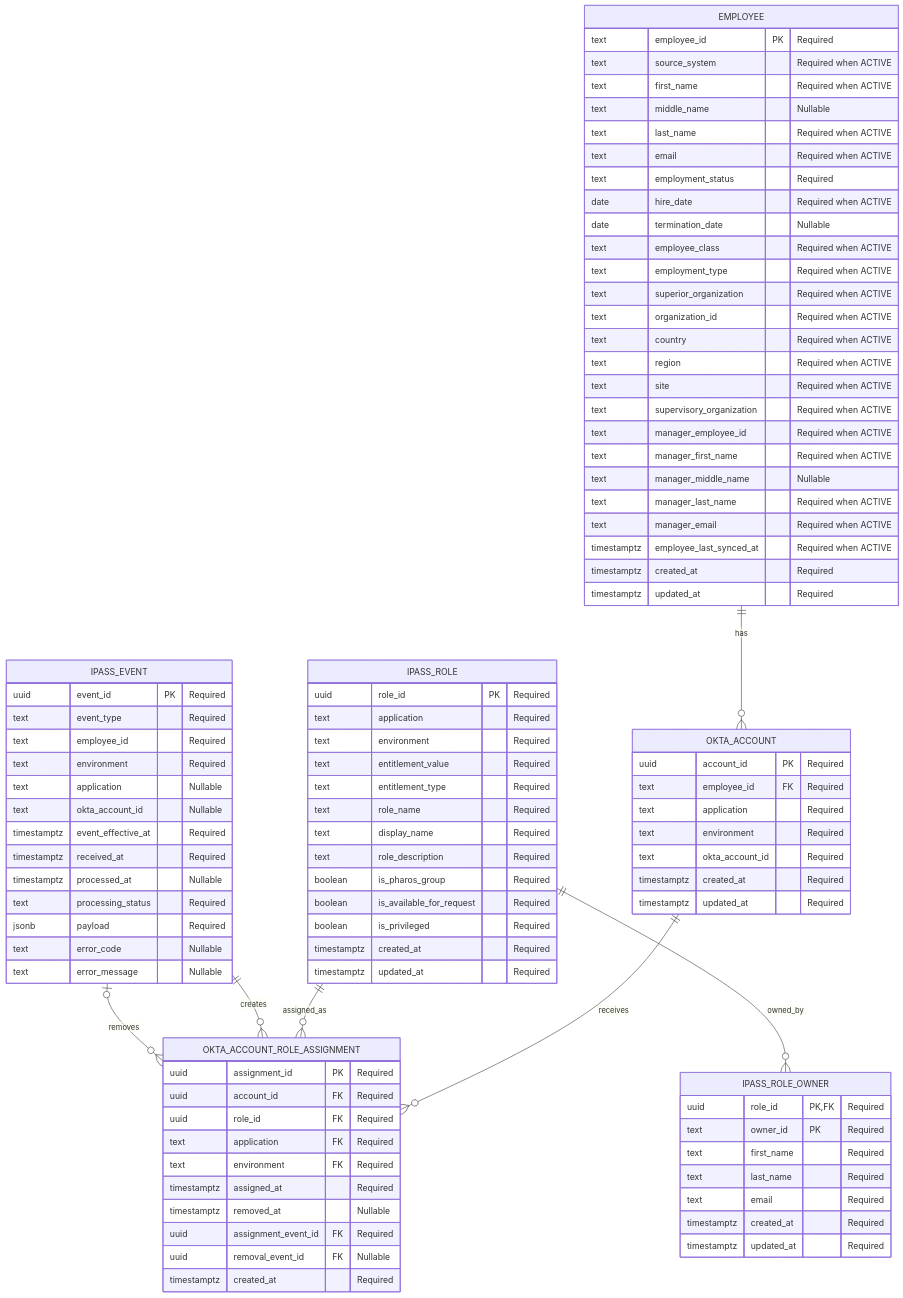
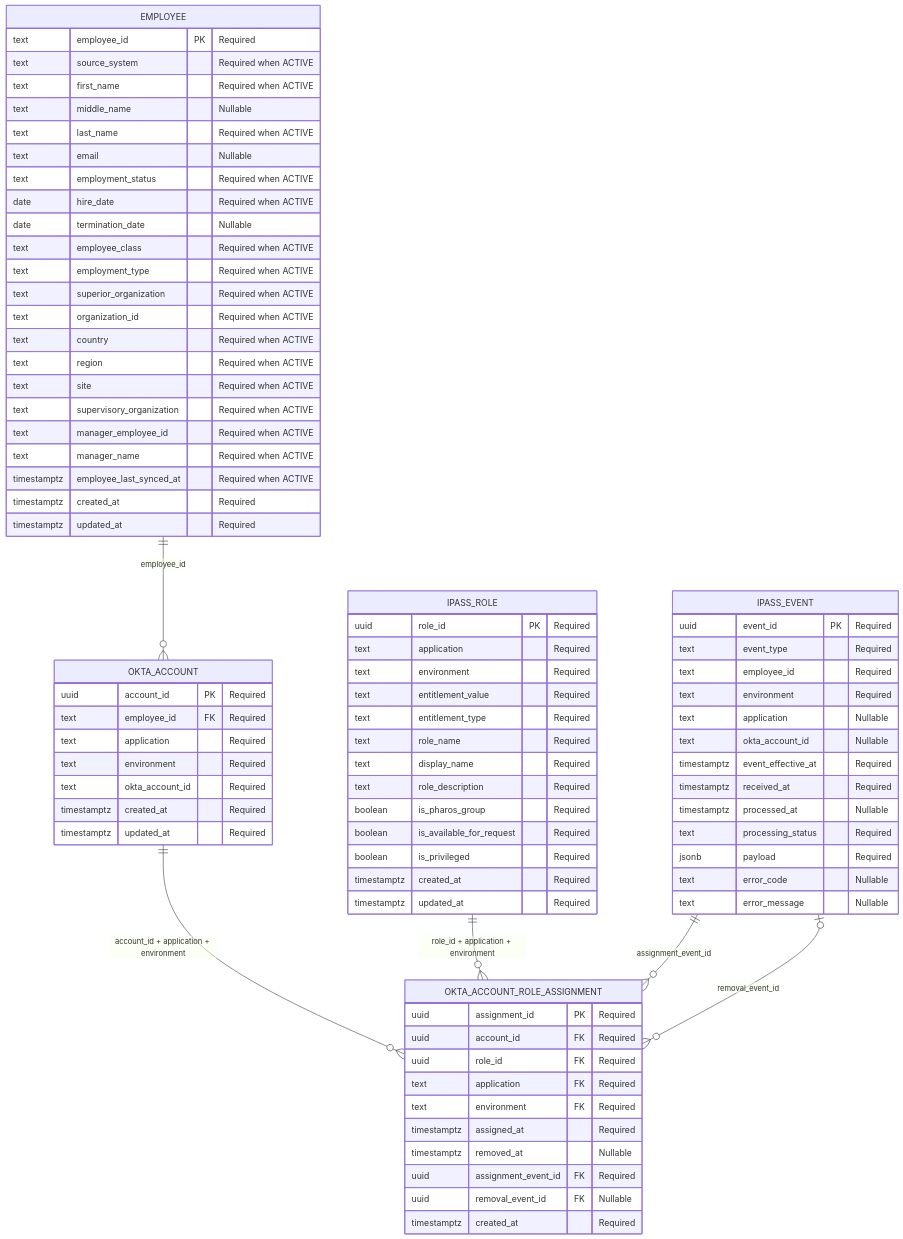
Before and after one commit to bvm-arjun108/user-access-management: the diagram in docs/pharos-ingestion-full-erd.mmd, drawn with Mermaid. The commit also changed 34 other files, not shown here.

```diff
--- a/docs/pharos-ingestion-full-erd.mmd
+++ b/docs/pharos-ingestion-full-erd.mmd
@@ -1,100 +1,86 @@
 erDiagram
-    EMPLOYEE ||--o{ OKTA_ACCOUNT : has
-    OKTA_ACCOUNT ||--o{ OKTA_ACCOUNT_ROLE_ASSIGNMENT : receives
-    IPASS_ROLE ||--o{ OKTA_ACCOUNT_ROLE_ASSIGNMENT : assigned_as
-    IPASS_ROLE ||--o{ IPASS_ROLE_OWNER : owned_by
-    IPASS_EVENT ||--o{ OKTA_ACCOUNT_ROLE_ASSIGNMENT : creates
-    IPASS_EVENT o|--o{ OKTA_ACCOUNT_ROLE_ASSIGNMENT : removes
+    EMPLOYEE ||--o{ OKTA_ACCOUNT : "employee_id"
+    OKTA_ACCOUNT ||--o{ OKTA_ACCOUNT_ROLE_ASSIGNMENT : "account_id + application + environment"
+    IPASS_ROLE ||--o{ OKTA_ACCOUNT_ROLE_ASSIGNMENT : "role_id + application + environment"
+    IPASS_EVENT ||--o{ OKTA_ACCOUNT_ROLE_ASSIGNMENT : "assignment_event_id"
+    IPASS_EVENT o|--o{ OKTA_ACCOUNT_ROLE_ASSIGNMENT : "removal_event_id"
 
     EMPLOYEE {
         text employee_id PK "Required"
         text source_system "Required when ACTIVE"
         text first_name "Required when ACTIVE"
         text middle_name "Nullable"
         text last_name "Required when ACTIVE"
-        text email "Required when ACTIVE"
-        text employment_status "Required"
+        text email "Nullable"
+        text employment_status "Required when ACTIVE"
         date hire_date "Required when ACTIVE"
         date termination_date "Nullable"
         text employee_class "Required when ACTIVE"
         text employment_type "Required when ACTIVE"
         text superior_organization "Required when ACTIVE"
         text organization_id "Required when ACTIVE"
         text country "Required when ACTIVE"
         text region "Required when ACTIVE"
         text site "Required when ACTIVE"
         text supervisory_organization "Required when ACTIVE"
         text manager_employee_id "Required when ACTIVE"
-        text manager_first_name "Required when ACTIVE"
-        text manager_middle_name "Nullable"
-        text manager_last_name "Required when ACTIVE"
-        text manager_email "Required when ACTIVE"
+        text manager_name "Required when ACTIVE"
         timestamptz employee_last_synced_at "Required when ACTIVE"
         timestamptz created_at "Required"
         timestamptz updated_at "Required"
     }
 
     OKTA_ACCOUNT {
         uuid account_id PK "Required"
         text employee_id FK "Required"
         text application "Required"
         text environment "Required"
         text okta_account_id "Required"
         timestamptz created_at "Required"
         timestamptz updated_at "Required"
     }
 
     IPASS_ROLE {
         uuid role_id PK "Required"
         text application "Required"
         text environment "Required"
         text entitlement_value "Required"
         text entitlement_type "Required"
         text role_name "Required"
         text display_name "Required"
         text role_description "Required"
         boolean is_pharos_group "Required"
         boolean is_available_for_request "Required"
         boolean is_privileged "Required"
-        timestamptz created_at "Required"
-        timestamptz updated_at "Required"
-    }
-
-    IPASS_ROLE_OWNER {
-        uuid role_id PK,FK "Required"
-        text owner_id PK "Required"
-        text first_name "Required"
-        text last_name "Required"
-        text email "Required"
         timestamptz created_at "Required"
         timestamptz updated_at "Required"
     }
 
     IPASS_EVENT {
         uuid event_id PK "Required"
         text event_type "Required"
         text employee_id "Required"
         text environment "Required"
         text application "Nullable"
         text okta_account_id "Nullable"
         timestamptz event_effective_at "Required"
         timestamptz received_at "Required"
         timestamptz processed_at "Nullable"
         text processing_status "Required"
         jsonb payload "Required"
         text error_code "Nullable"
         text error_message "Nullable"
     }
 
     OKTA_ACCOUNT_ROLE_ASSIGNMENT {
         uuid assignment_id PK "Required"
         uuid account_id FK "Required"
         uuid role_id FK "Required"
         text application FK "Required"
         text environment FK "Required"
         timestamptz assigned_at "Required"
         timestamptz removed_at "Nullable"
         uuid assignment_event_id FK "Required"
         uuid removal_event_id FK "Nullable"
         timestamptz created_at "Required"
     }
```
